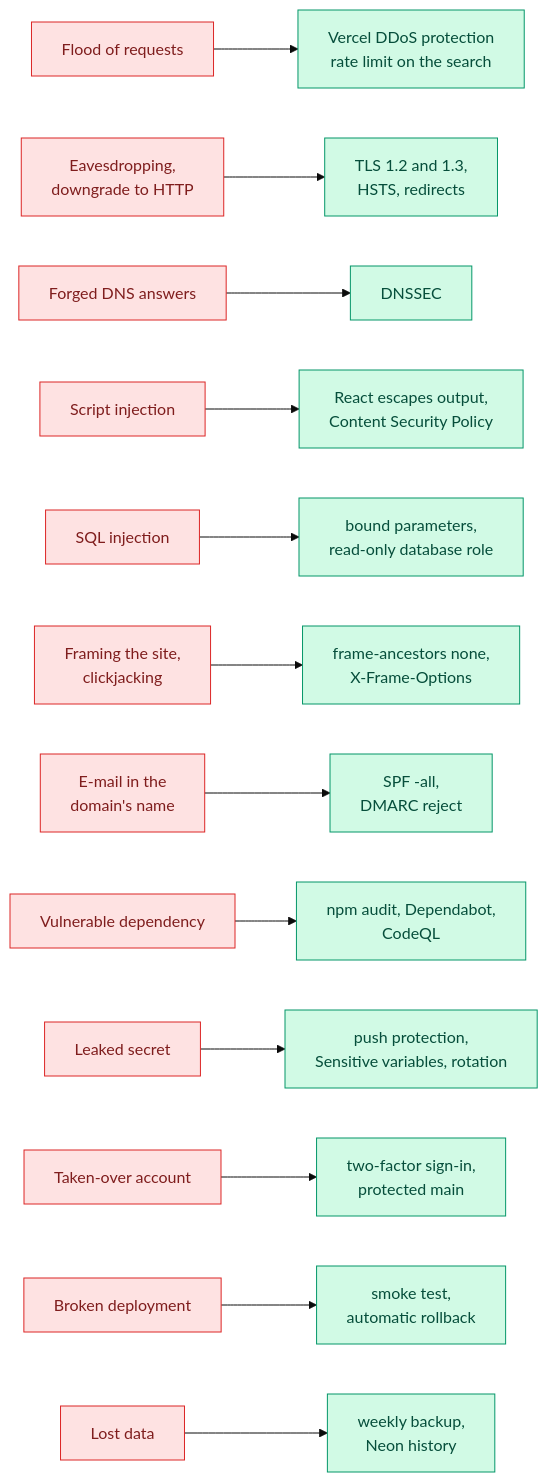
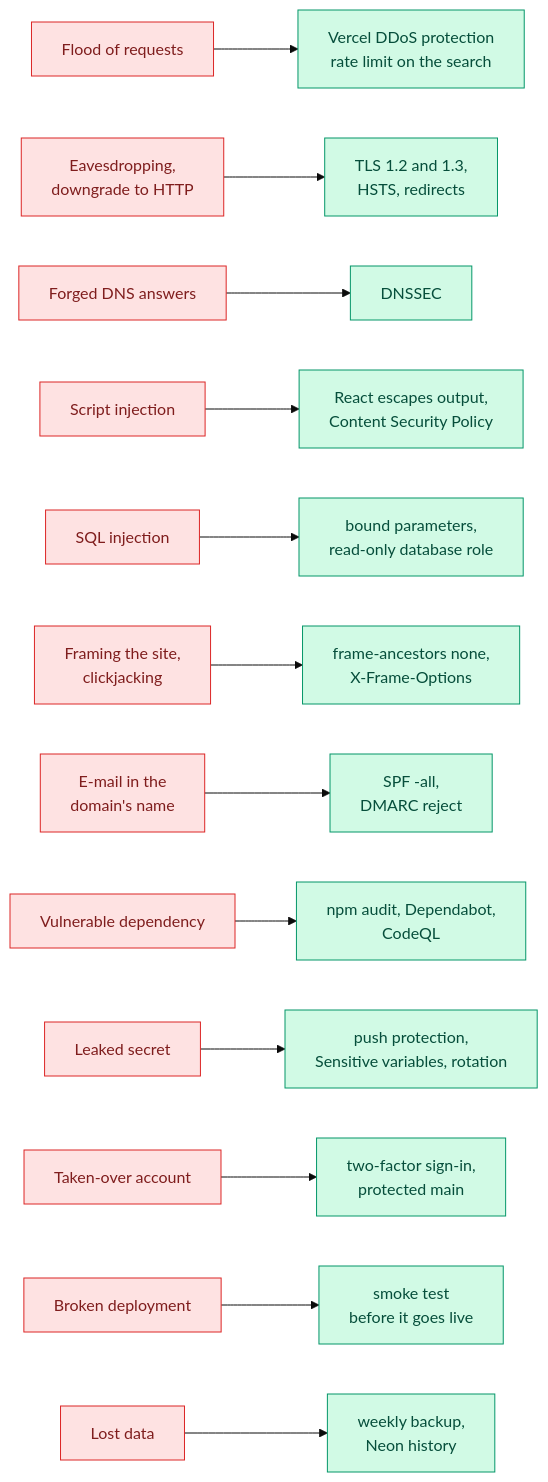
One commit to tomdevtech/ExoFinder changed the second of 5 diagrams in docs/SECURITY.md. Above: the diagram before and after it, drawn with Mermaid (base theme). The commit also changed other lines of this file and 6 other files, not shown here.

First line of the commit message:
Put a production deployment live only after its smoke test has passed

````diff
--- a/docs/SECURITY.md
+++ b/docs/SECURITY.md
@@ -36,18 +36,18 @@
 ```mermaid
 flowchart LR
     T1[Flood of requests]:::threat --> M1[Vercel DDoS protection<br>rate limit on the search]:::measure
     T2[Eavesdropping,<br>downgrade to HTTP]:::threat --> M2[TLS 1.2 and 1.3,<br>HSTS, redirects]:::measure
     T3[Forged DNS answers]:::threat --> M3[DNSSEC]:::measure
     T4[Script injection]:::threat --> M4[React escapes output,<br>Content Security Policy]:::measure
     T5[SQL injection]:::threat --> M5[bound parameters,<br>read-only database role]:::measure
     T6[Framing the site,<br>clickjacking]:::threat --> M6[frame-ancestors none,<br>X-Frame-Options]:::measure
     T7[E-mail in the<br>domain's name]:::threat --> M7[SPF -all,<br>DMARC reject]:::measure
     T8[Vulnerable dependency]:::threat --> M8[npm audit, Dependabot,<br>CodeQL]:::measure
     T9[Leaked secret]:::threat --> M9[push protection,<br>Sensitive variables, rotation]:::measure
     T10[Taken-over account]:::threat --> M10[two-factor sign-in,<br>protected main]:::measure
-    T11[Broken deployment]:::threat --> M11[smoke test,<br>automatic rollback]:::measure
+    T11[Broken deployment]:::threat --> M11[smoke test<br>before it goes live]:::measure
     T12[Lost data]:::threat --> M12[weekly backup,<br>Neon history]:::measure
 
     classDef threat fill:#fee2e2,stroke:#dc2626,color:#7f1d1d
     classDef measure fill:#d1fae5,stroke:#059669,color:#064e3b
 ```
````
